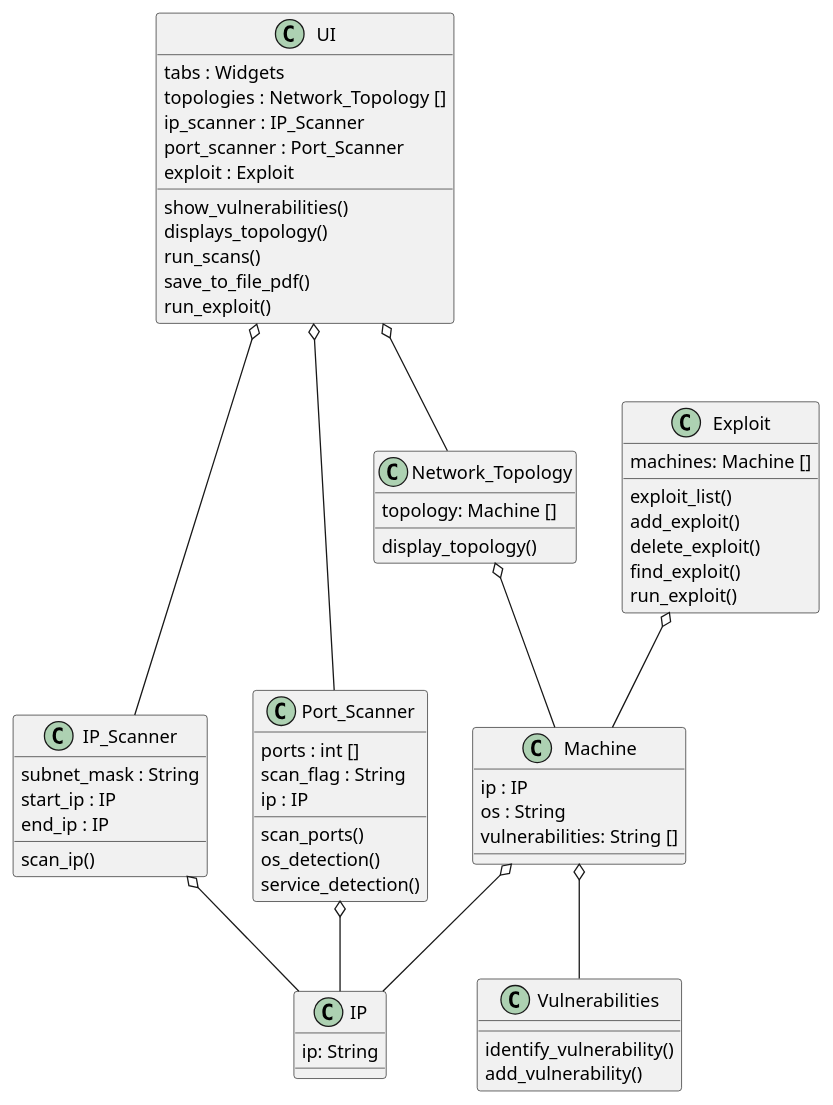
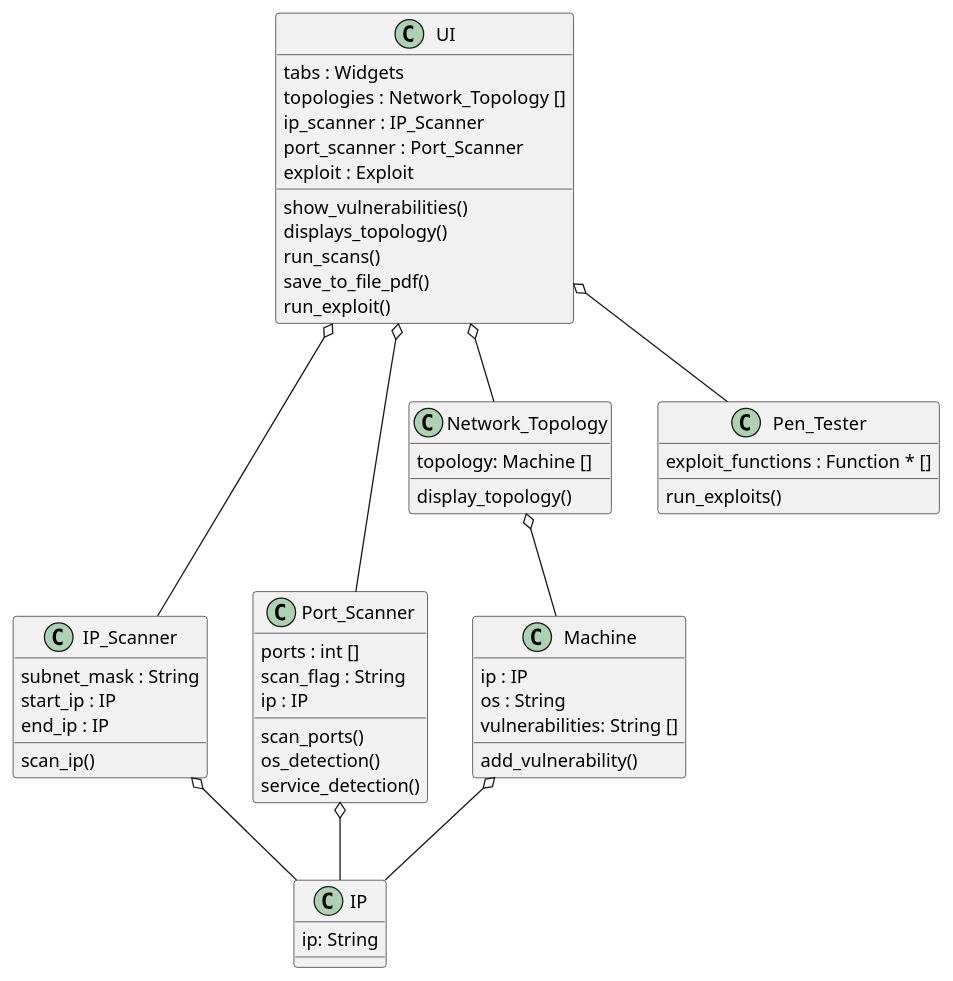
The diagram in Lewis/class_diagram.puml (Sanmeet-EWU/github-teams-project-bid-uwultimate-stardust-crusaders), drawn with PlantUML before and after one commit. The commit also changed 1 other file, not shown here.

Commit message:
update uml

```diff
--- a/Lewis/class_diagram.puml
+++ b/Lewis/class_diagram.puml
@@ -1,72 +1,64 @@
 @startuml
 class IP_Scanner {
 subnet_mask : String
 start_ip : IP
 end_ip : IP
 scan_ip()
 }
 
 class Port_Scanner {
 ports : int []
 scan_flag : String
 ip : IP
 scan_ports()
 os_detection()
 service_detection()
 }
 
 class IP {
 ip: String
 }
 
 class Network_Topology {
 topology: Machine []
 display_topology()
 }
 
 class Machine {
 ip : IP
 os : String
 vulnerabilities: String []
+add_vulnerability()
 }
 
 IP_Scanner o-- IP
 Port_Scanner o--IP
 Machine o-- IP
 Network_Topology o-- Machine
-Machine o-- Vulnerabilities
-Exploit o-- Machine
 UI o-- Network_Topology
 UI o-- IP_Scanner
 UI o-- Port_Scanner
+UI o-- Pen_Tester
 
-class Vulnerabilities {
-identify_vulnerability()
-add_vulnerability()
-}
 
-class Exploit {
-machines: Machine []
-exploit_list()
-add_exploit()
-delete_exploit()
-find_exploit()
-run_exploit()
+class Pen_Tester {
+exploit_functions : Function * []
+run_exploits()
 
 }
 
 
 
 class UI {
 tabs : Widgets
 topologies : Network_Topology []
 ip_scanner : IP_Scanner
 port_scanner : Port_Scanner
 exploit : Exploit
 show_vulnerabilities()
 displays_topology()
 run_scans()
 save_to_file_pdf()
 run_exploit()
 }
 @enduml
```
